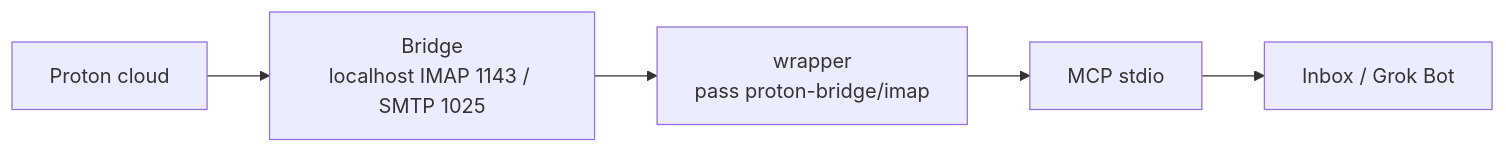
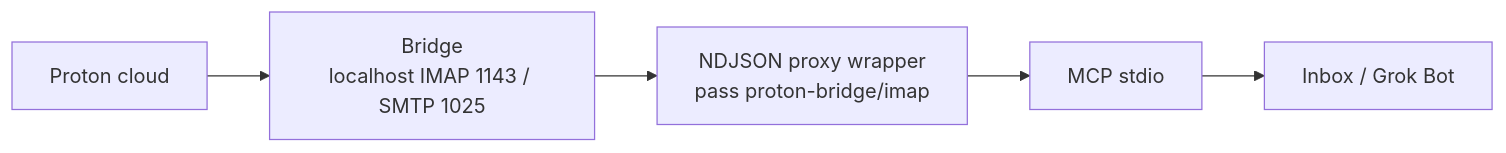
Before and after one commit to elderibeiro/proton-mail-mcp-grokbot: the first of 3 diagrams in README.md, drawn with Mermaid. The commit also changed other lines of this file, not shown here.

Commit message:
Document send gate, folder allowlist, optional cert pin, and NDJSON proxy

````diff
--- a/README.md
+++ b/README.md
@@ -22,7 +22,7 @@
 ```mermaid
 flowchart LR
   Cloud[Proton cloud] --> Bridge["Bridge<br/>localhost IMAP 1143 / SMTP 1025"]
-  Bridge --> Wrapper["wrapper<br/>pass proton-bridge/imap"]
+  Bridge --> Wrapper["NDJSON proxy wrapper<br/>pass proton-bridge/imap"]
   Wrapper --> MCP[MCP stdio]
   MCP --> Inbox[Inbox / Grok Bot]
 ```
````
